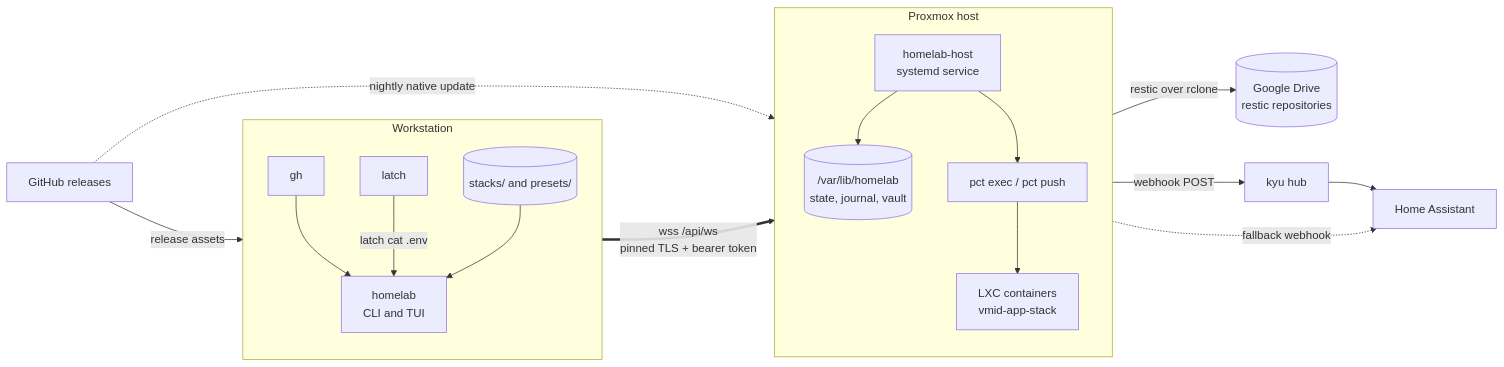
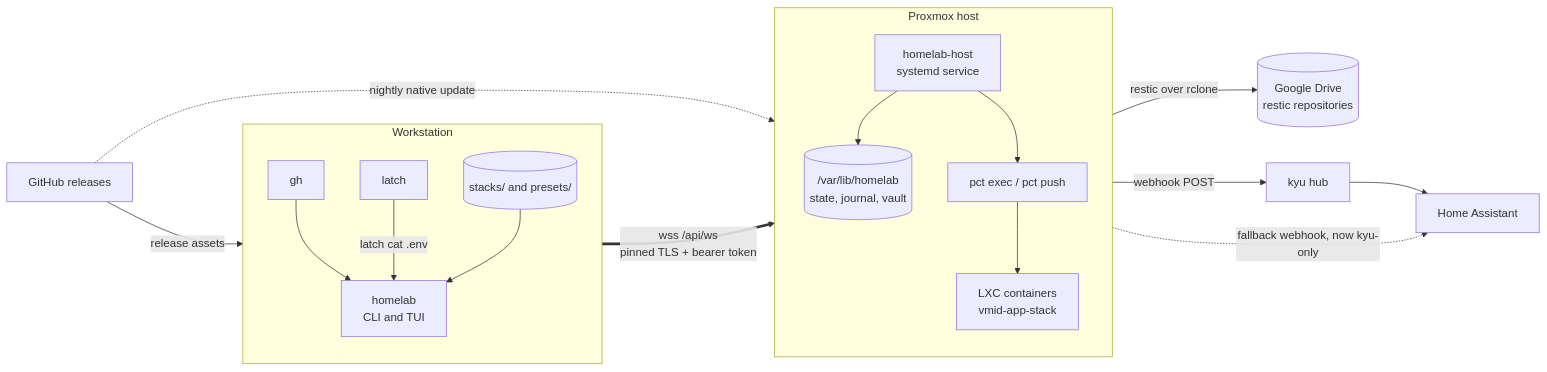
One commit to kennypassenier/homelab changed the first of 5 diagrams in docs/ARCHITECTURE_REFERENCE.md. Above: the diagram before and after it, drawn with Mermaid. The commit also changed 21 other files, not shown here.

````diff
--- a/docs/ARCHITECTURE_REFERENCE.md
+++ b/docs/ARCHITECTURE_REFERENCE.md
@@ -23,33 +23,33 @@
 ```mermaid
 flowchart LR
     github["GitHub releases"]
     subgraph WS["Workstation"]
         direction TB
         gh["gh"]
         latch["latch"]
         stacks[("stacks/ and presets/")]
         client["homelab<br/>CLI and TUI"]
     end
     subgraph PVE["Proxmox host"]
         direction TB
         daemon["homelab-host<br/>systemd service"]
         state[("/var/lib/homelab<br/>state, journal, vault")]
         pct["pct exec / pct push"]
         ct["LXC containers<br/>vmid-app-stack"]
     end
     gdrive[("Google Drive<br/>restic repositories")]
     kyu["kyu hub"]
     ha["Home Assistant"]
 
     github -->|"release assets"| gh
     gh --> client
     latch -->|"latch cat .env"| client
     stacks --> client
     client ==>|"wss /api/ws<br/>pinned TLS + bearer token"| daemon
     daemon --> state
     daemon --> pct --> ct
     daemon -->|"restic over rclone"| gdrive
     daemon -->|"webhook POST"| kyu --> ha
-    daemon -.->|"fallback webhook"| ha
+    daemon -.->|"fallback webhook, now kyu-only"| ha
     github -.->|"nightly native update"| daemon
 ```
````
